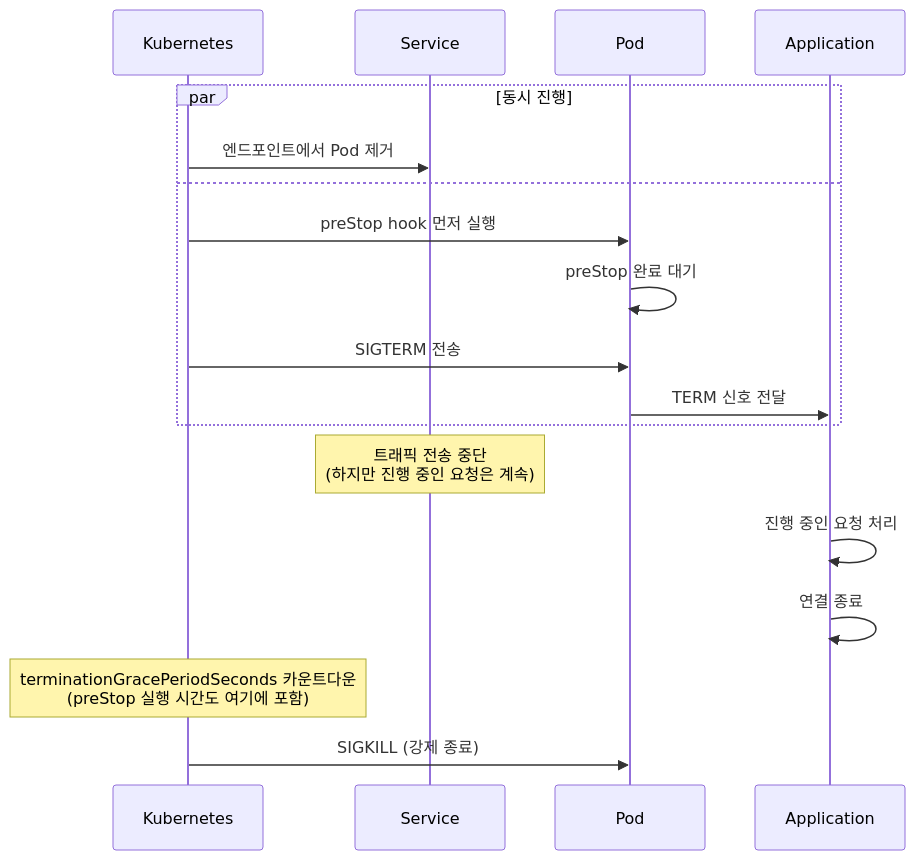
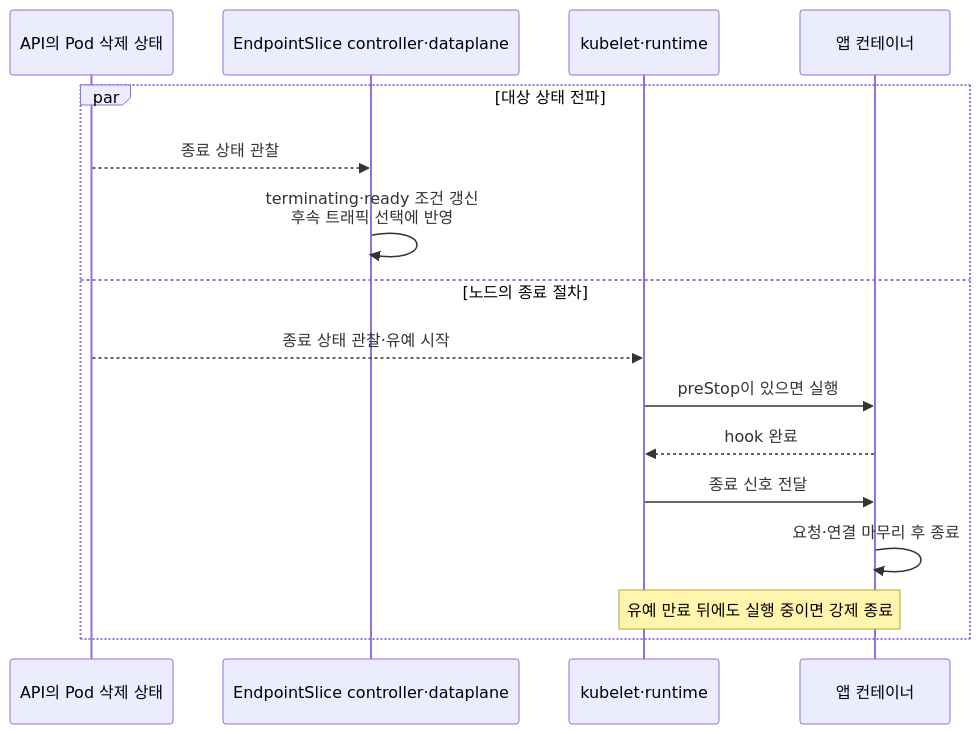
Before and after one commit to sskim91/TIL: the third of 3 diagrams in kubernetes/Kubernetes-Probe-Liveness-Readiness-Startup.md, drawn with Mermaid. The commit also changed other lines of this file and 39 other files, not shown here.

````diff
--- a/kubernetes/Kubernetes-Probe-Liveness-Readiness-Startup.md
+++ b/kubernetes/Kubernetes-Probe-Liveness-Readiness-Startup.md
@@ -918,25 +505,18 @@
 ```mermaid
 sequenceDiagram
-    participant K as Kubernetes
-    participant S as Service
-    participant P as Pod
-    participant App as Application
-
-    par 동시 진행
-        K->>S: 엔드포인트에서 Pod 제거
-    and
-        K->>P: preStop hook 먼저 실행
-        P->>P: preStop 완료 대기
-        K->>P: SIGTERM 전송
-        P->>App: TERM 신호 전달
+    participant A as API의 Pod 삭제 상태
+    participant E as EndpointSlice controller·dataplane
+    participant K as kubelet·runtime
+    participant P as 앱 컨테이너
+    par 대상 상태 전파
+        A-->>E: 종료 상태 관찰
+        E->>E: terminating·ready 조건 갱신<br>후속 트래픽 선택에 반영
+    and 노드의 종료 절차
+        A-->>K: 종료 상태 관찰·유예 시작
+        K->>P: preStop이 있으면 실행
+        P-->>K: hook 완료
+        K->>P: 종료 신호 전달
+        P->>P: 요청·연결 마무리 후 종료
+        Note over K,P: 유예 만료 뒤에도 실행 중이면 강제 종료
     end
-
-    Note over S: 트래픽 전송 중단<br>(하지만 진행 중인 요청은 계속)
-
-    App->>App: 진행 중인 요청 처리
-    App->>App: 연결 종료
-
-    Note over K: terminationGracePeriodSeconds 카운트다운<br>(preStop 실행 시간도 여기에 포함)
-
-    K->>P: SIGKILL (강제 종료)
 ```
````
